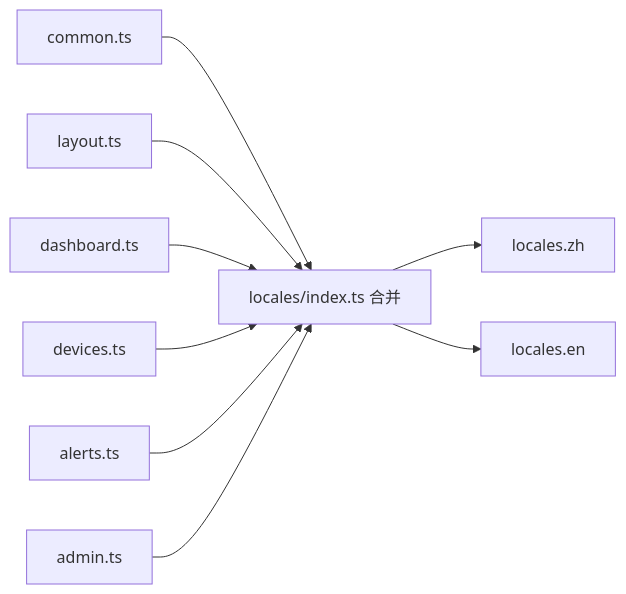
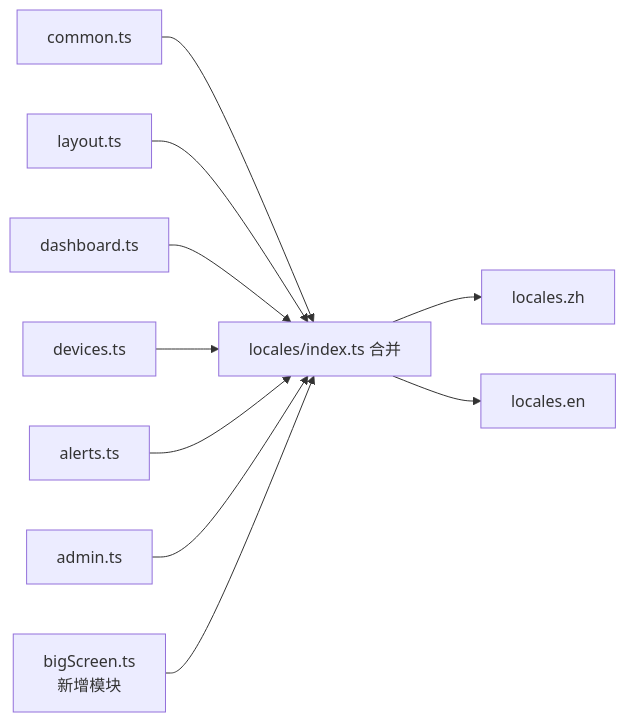
Before and after one commit to mcmrzy/cs_inv_monitor-develop: the fifth of 6 diagrams in .qoder/repowiki/zh/content/管理后台前端/国际化系统.md, drawn with Mermaid. The commit also changed other lines of this file and 28 other files, not shown here.

````diff
--- a/.qoder/repowiki/zh/content/管理后台前端/国际化系统.md
+++ b/.qoder/repowiki/zh/content/管理后台前端/国际化系统.md
@@ -177,11 +219,12 @@
 ```mermaid
 graph LR
 Common["common.ts"] --> Merge["locales/index.ts 合并"]
 Layout["layout.ts"] --> Merge
 Dash["dashboard.ts"] --> Merge
 Dev["devices.ts"] --> Merge
 Alert["alerts.ts"] --> Merge
 Admin["admin.ts"] --> Merge
+BigScreen["bigScreen.ts<br/>新增模块"] --> Merge
 Merge --> Zh["locales.zh"]
 Merge --> En["locales.en"]
 ```
````
